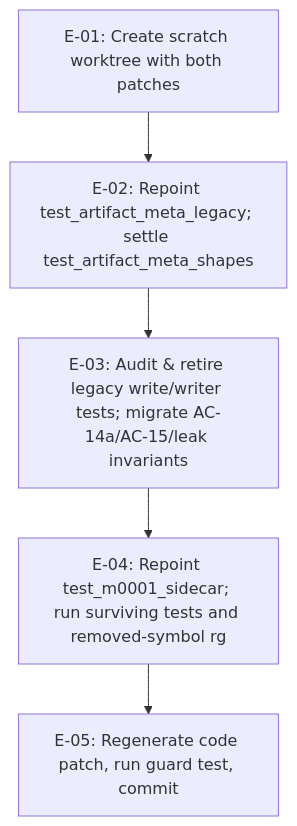
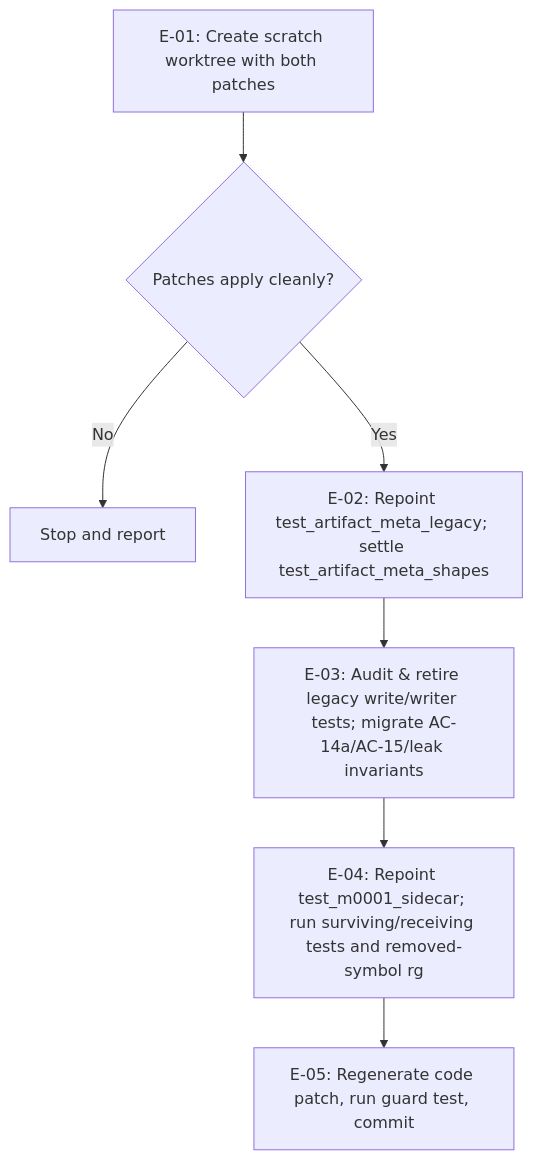
The diagram in .aw/records/plans/pending/20261125-metastore-307-nv3upa-retire-or-repoint-the-legacy-loader-and-writer-unit-tests-in.ipd.md (fariello/agent-workflows), drawn with Mermaid before and after one commit. The commit also changed other lines of this file and 1 other file, not shown here.

````diff
--- a/.aw/records/plans/pending/20261125-metastore-307-nv3upa-retire-or-repoint-the-legacy-loader-and-writer-unit-tests-in.ipd.md
+++ b/.aw/records/plans/pending/20261125-metastore-307-nv3upa-retire-or-repoint-the-legacy-loader-and-writer-unit-tests-in.ipd.md
@@ -100,7 +102,9 @@
 ```mermaid
 flowchart TD
-    E01["E-01: Create scratch worktree with both patches"] --> E02["E-02: Repoint test_artifact_meta_legacy; settle test_artifact_meta_shapes"]
+    E01["E-01: Create scratch worktree with both patches"] --> P{"Patches apply cleanly?"}
+    P -->|No| STOP["Stop and report"]
+    P -->|Yes| E02["E-02: Repoint test_artifact_meta_legacy; settle test_artifact_meta_shapes"]
     E02 --> E03["E-03: Audit & retire legacy write/writer tests; migrate AC-14a/AC-15/leak invariants"]
-    E03 --> E04["E-04: Repoint test_m0001_sidecar; run surviving tests and removed-symbol rg"]
+    E03 --> E04["E-04: Repoint test_m0001_sidecar; run surviving/receiving tests and removed-symbol rg"]
     E04 --> E05["E-05: Regenerate code patch, run guard test, commit"]
 ```
````
